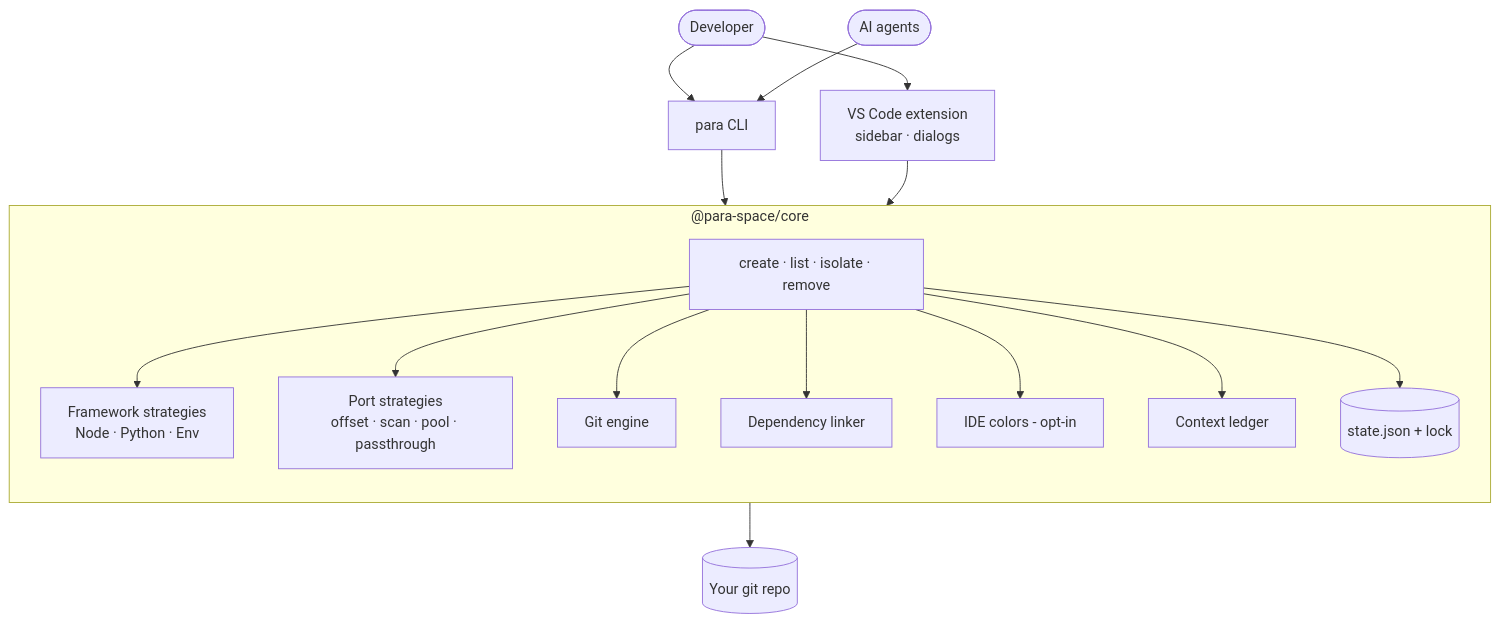
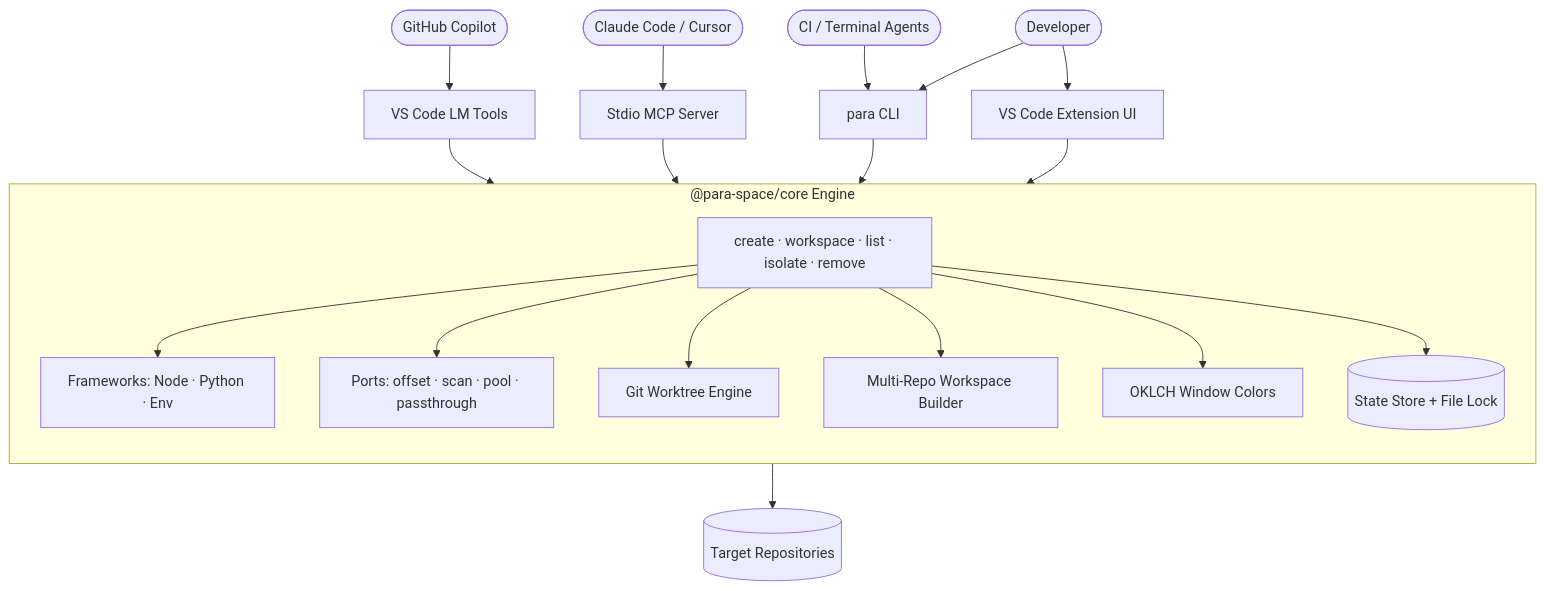
Before and after one commit to SarthakJain23/para-space: the second of 3 diagrams in VISUAL_BRIEF.md, drawn with Mermaid. The commit also changed other lines of this file, not shown here.

````diff
--- a/VISUAL_BRIEF.md
+++ b/VISUAL_BRIEF.md
@@ -105,21 +171,26 @@
 ```mermaid
 flowchart TB
-    dev([Developer]) --> cli[para CLI]
-    agent([AI agents]) --> cli
-    dev --> ext[VS Code extension<br/>sidebar · dialogs]
+    copilot([GitHub Copilot]) --> lmTools[VS Code LM Tools]
+    claude([Claude Code / Cursor]) --> mcp[Stdio MCP Server]
+    agentCli([CI / Terminal Agents]) --> cli[para CLI]
+    human([Developer]) --> ui[VS Code Extension UI]
+    human --> cli
+
+    lmTools --> core
+    mcp --> core
     cli --> core
-    ext --> core
-    subgraph core["@para-space/core"]
+    ui --> core
+
+    subgraph core["@para-space/core Engine"]
       direction TB
-      cmds[create · list · isolate · remove]
-      fw[Framework strategies<br/>Node · Python · Env]
-      ports[Port strategies<br/>offset · scan · pool · passthrough]
-      gitE[Git engine]
-      link[Dependency linker]
-      ide[IDE colors - opt-in]
-      ledger[Context ledger]
-      state[(state.json + lock)]
-      cmds --> fw & ports & gitE & link & ide & ledger & state
+      cmds[create · workspace · list · isolate · remove]
+      fw[Frameworks: Node · Python · Env]
+      ports[Ports: offset · scan · pool · passthrough]
+      gitE[Git Worktree Engine]
+      ws[Multi-Repo Workspace Builder]
+      peacock[OKLCH Window Colors]
+      state[(State Store + File Lock)]
+      cmds --> fw & ports & gitE & ws & peacock & state
     end
-    gitE --> repo[(Your git repo)]
+    gitE --> repos[(Target Repositories)]
 ```
````
